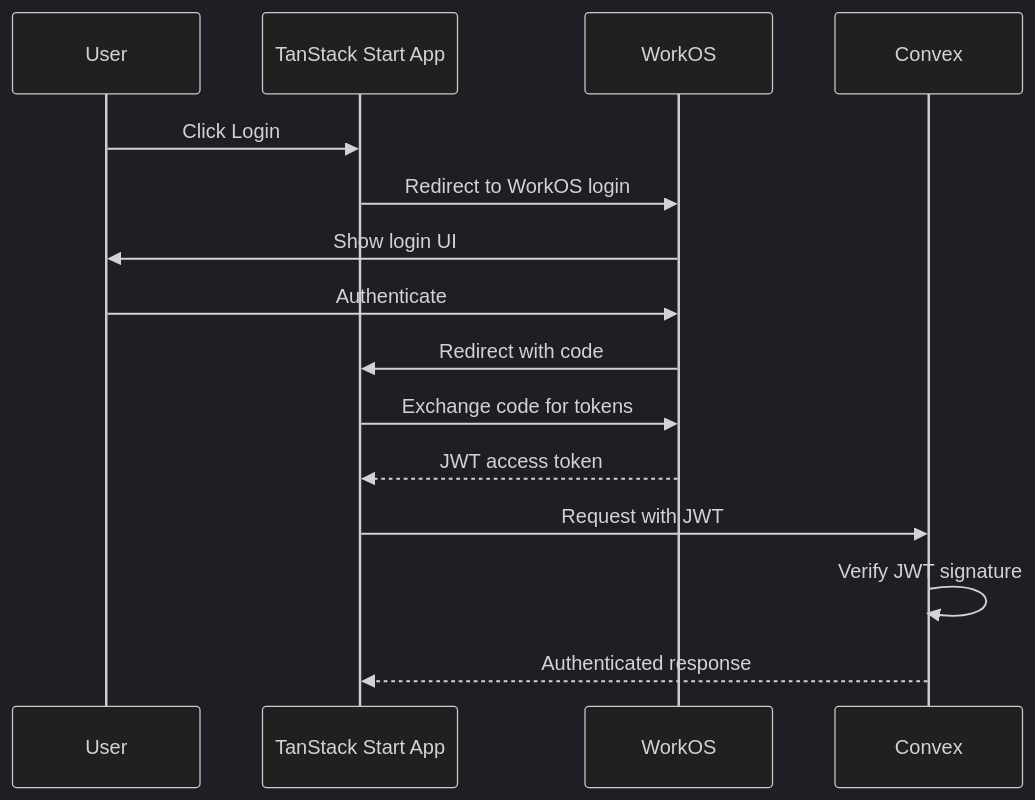
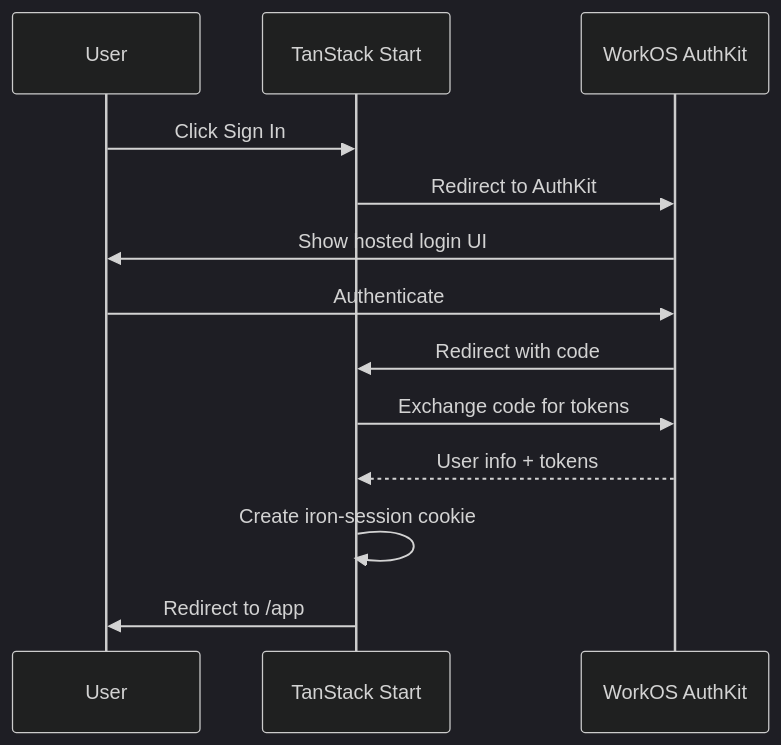
The diagram in .flight-rules/docs/implementation/2-project-scaffold/2.3-auth-integration.md (ryanpacker/r9stack), drawn with Mermaid (dark theme) before and after one commit. The commit also changed other lines of this file and 7 other files, not shown here.

````diff
--- a/.flight-rules/docs/implementation/2-project-scaffold/2.3-auth-integration.md
+++ b/.flight-rules/docs/implementation/2-project-scaffold/2.3-auth-integration.md
@@ -18,18 +26,16 @@
 ```mermaid
 sequenceDiagram
     participant User
-    participant App as TanStack Start App
-    participant WorkOS
-    participant Convex
+    participant App as TanStack Start
+    participant WorkOS as WorkOS AuthKit
     
-    User->>App: Click Login
-    App->>WorkOS: Redirect to WorkOS login
-    WorkOS->>User: Show login UI
+    User->>App: Click Sign In
+    App->>WorkOS: Redirect to AuthKit
+    WorkOS->>User: Show hosted login UI
     User->>WorkOS: Authenticate
     WorkOS->>App: Redirect with code
     App->>WorkOS: Exchange code for tokens
-    WorkOS-->>App: JWT access token
-    App->>Convex: Request with JWT
-    Convex->>Convex: Verify JWT signature
-    Convex-->>App: Authenticated response
+    WorkOS-->>App: User info + tokens
+    App->>App: Create iron-session cookie
+    App->>User: Redirect to /app
 ```
````
